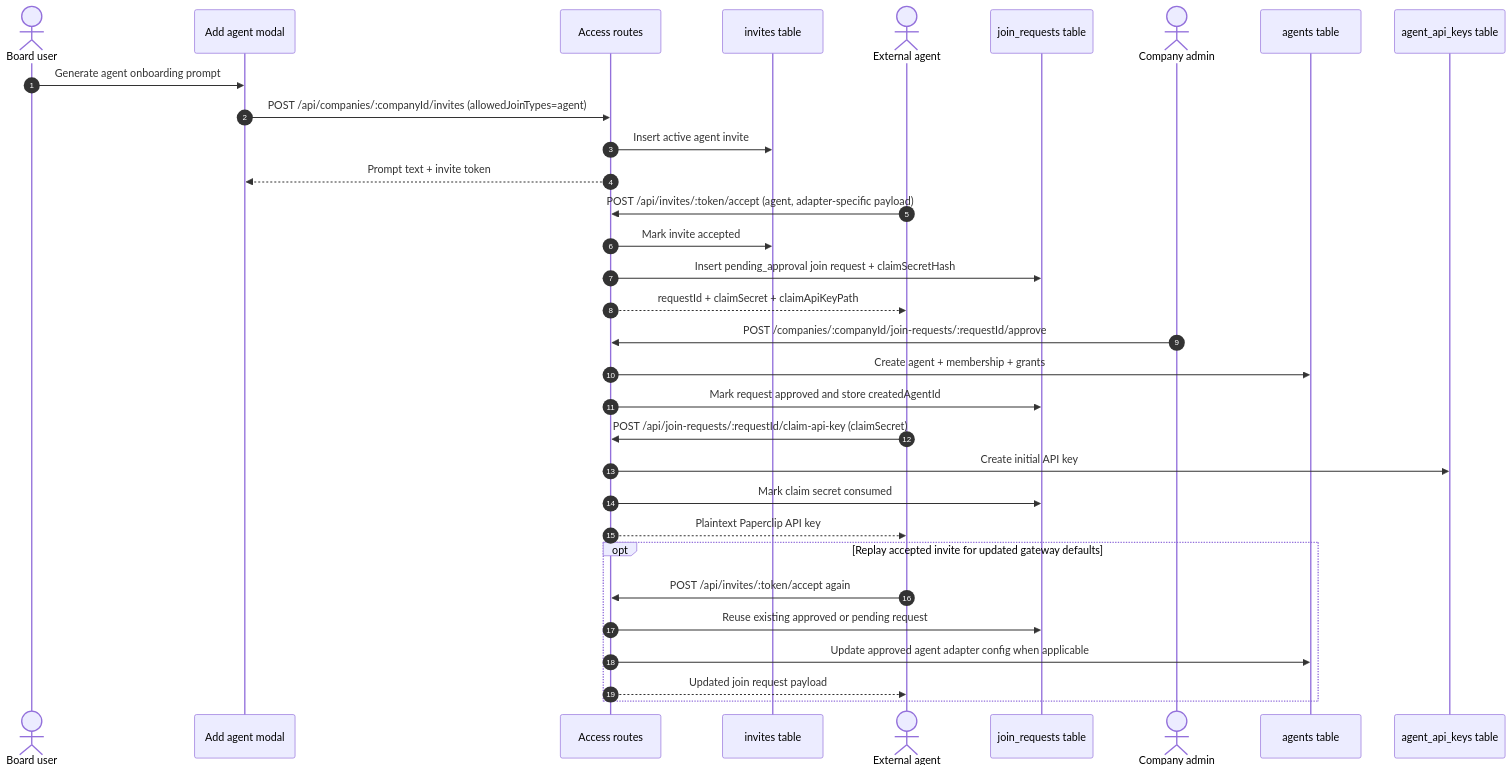
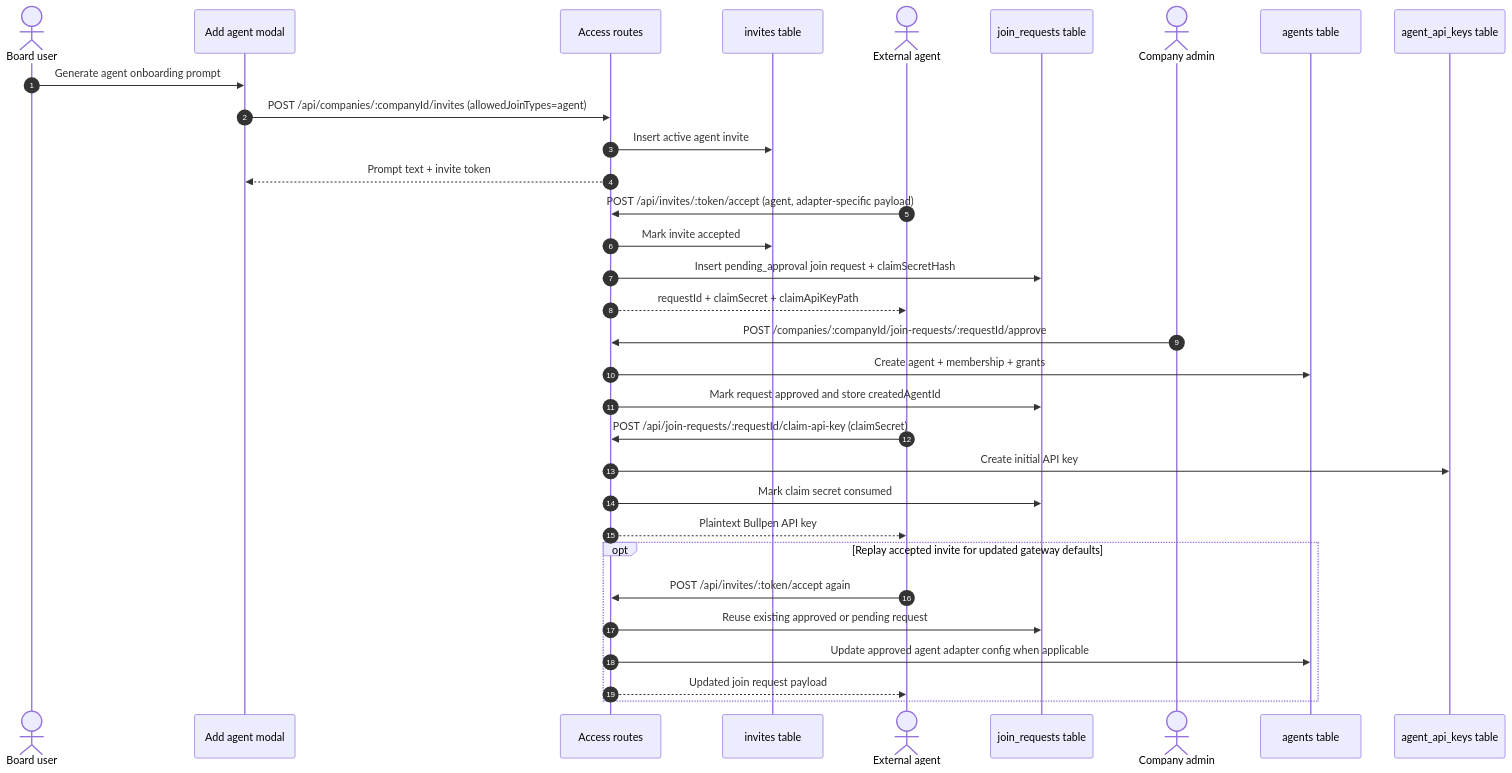
Before and after one commit to MuhammadRafay7/Bullpen: the sixth of 6 diagrams in doc/spec/invite-flow.md, drawn with Mermaid. The commit also changed 2520 other files, not shown here.

First line of the commit message:
rename: Paperclip -> Bullpen across the codebase

````diff
--- a/doc/spec/invite-flow.md
+++ b/doc/spec/invite-flow.md
@@ -243,39 +243,39 @@
 ```mermaid
 sequenceDiagram
   autonumber
   actor Board as Board user
   participant AddAgent as Add agent modal
   participant API as Access routes
   participant Invites as invites table
   actor Gateway as External agent
   participant Join as join_requests table
   actor Approver as Company admin
   participant Agents as agents table
   participant Keys as agent_api_keys table
 
   Board->>AddAgent: Generate agent onboarding prompt
   AddAgent->>API: POST /api/companies/:companyId/invites (allowedJoinTypes=agent)
   API->>Invites: Insert active agent invite
   API-->>AddAgent: Prompt text + invite token
 
   Gateway->>API: POST /api/invites/:token/accept (agent, adapter-specific payload)
   API->>Invites: Mark invite accepted
   API->>Join: Insert pending_approval join request + claimSecretHash
   API-->>Gateway: requestId + claimSecret + claimApiKeyPath
 
   Approver->>API: POST /companies/:companyId/join-requests/:requestId/approve
   API->>Agents: Create agent + membership + grants
   API->>Join: Mark request approved and store createdAgentId
 
   Gateway->>API: POST /api/join-requests/:requestId/claim-api-key (claimSecret)
   API->>Keys: Create initial API key
   API->>Join: Mark claim secret consumed
-  API-->>Gateway: Plaintext Paperclip API key
+  API-->>Gateway: Plaintext Bullpen API key
 
   opt Replay accepted invite for updated gateway defaults
     Gateway->>API: POST /api/invites/:token/accept again
     API->>Join: Reuse existing approved or pending request
     API->>Agents: Update approved agent adapter config when applicable
     API-->>Gateway: Updated join request payload
   end
 ```
````
